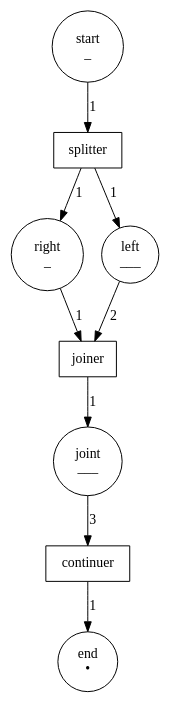
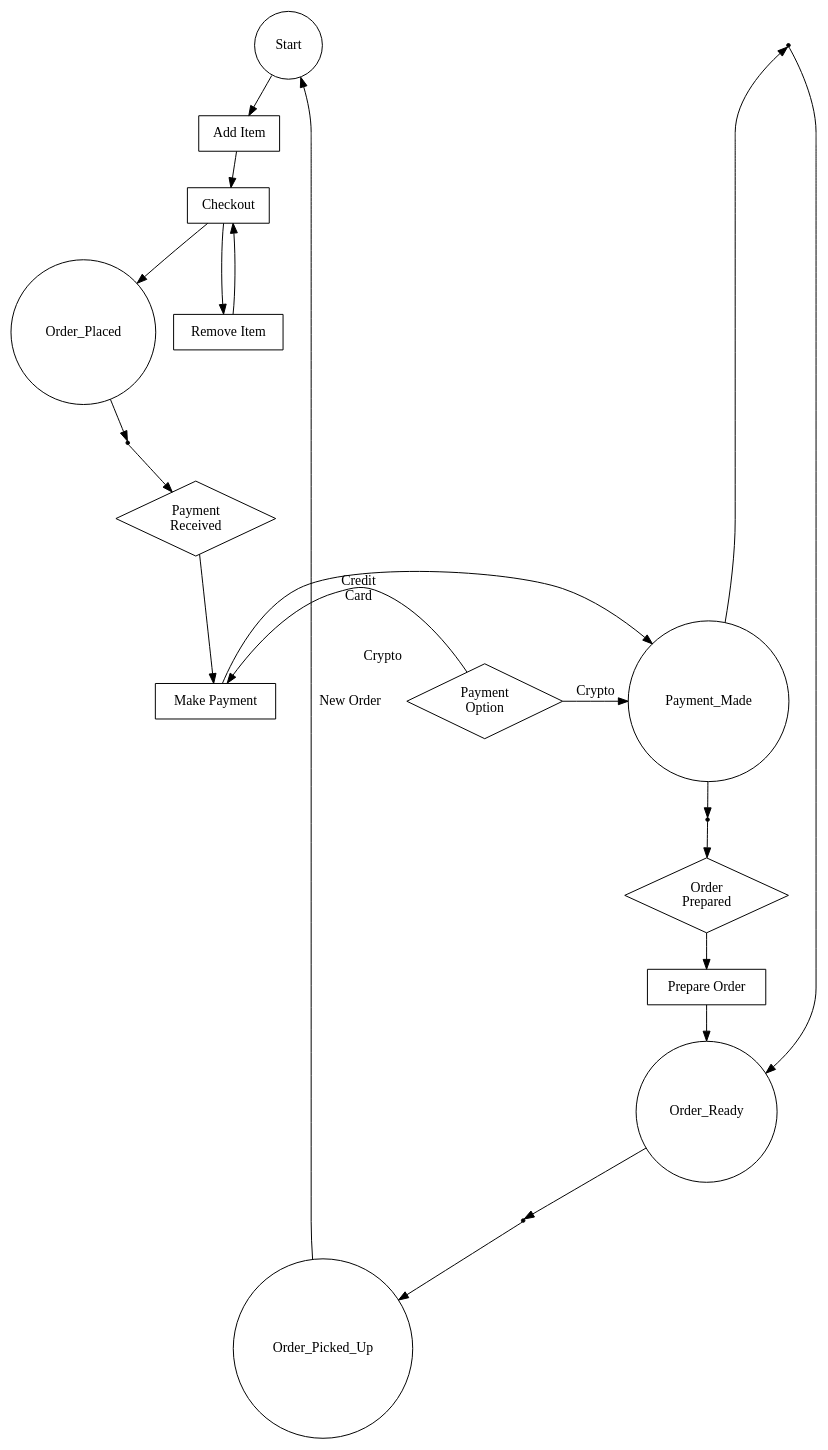
One commit to iandebeer/gleibnif changed the diagram in petrinet4.dot. Above: the diagram before and after it, drawn with Graphviz. The commit also changed 10 other files, not shown here.

```diff
--- a/petrinet4.dot
+++ b/petrinet4.dot
@@ -1,19 +1,43 @@
-digraph G {
-0 [label="right\n_\n" shape=circle]
-1 [label="left\n___\n" shape=circle]
-2 [label="end\n•\n" shape=circle]
-3 [label="continuer" shape=box]
-4 [label="joiner" shape=box]
-5 [label="start\n_\n" shape=circle]
-6 [label="splitter" shape=box]
-7 [label="joint\n___\n" shape=circle]
-
-0 -> 4 [label="1" ] 
-1 -> 4 [label="2" ] 
-3 -> 2 [label="1" ] 
-4 -> 7 [label="1" ] 
-5 -> 6 [label="1" ] 
-6 -> 1 [label="1" ] 
-6 -> 0 [label="1" ] 
-7 -> 3 [label="3" ] 
+digraph fast_food_ordering_process {
+    node [shape=circle];
+    Start;
+    Order_Placed;
+    Payment_Made;
+    Order_Ready;
+    Order_Picked_Up;
+    node [shape=box];
+    Add_Item [label="Add Item"];
+    Remove_Item [label="Remove Item"];
+    Checkout [label="Checkout"];
+    Make_Payment [label="Make Payment"];
+    Prepare_Order [label="Prepare Order"];
+    node [shape=diamond];
+    Payment_Received [label="Payment\nReceived"];
+    Order_Prepared [label="Order\nPrepared"];
+    node [shape=point];
+    e1 [label=""];
+    e2 [label=""];
+    e3 [label=""];
+    e4 [label=""];
+    Start -> Add_Item;
+    Add_Item -> Checkout;
+    Checkout -> Remove_Item;
+    Remove_Item -> Checkout;
+    Checkout -> Order_Placed -> e1;
+    e1 -> Payment_Received;
+    Payment_Received -> Make_Payment;
+    Make_Payment -> Payment_Made -> e2;
+    e2 -> Order_Prepared;
+    Order_Prepared -> Prepare_Order;
+    Prepare_Order -> Order_Ready -> e3;
+    e3 -> Order_Picked_Up;
+    Order_Picked_Up -> Start [label="New Order"];
+    Payment_Made -> e4 -> Order_Ready;
+    {rank=same; Start, e4}
+    
+    node [shape=diamond, label="Payment\nOption", xlabel="Credit\nCard"];
+    Payment_Option_Card [shape=diamond, label="Payment\nOption", xlabel="Crypto"];
+    Payment_Option_Card -> Make_Payment [label="Credit\nCard"];
+    Payment_Option_Card -> Payment_Made [label="Crypto"];
+    {rank=same; Payment_Option_Card, Make_Payment, Payment_Made}
 }
```
